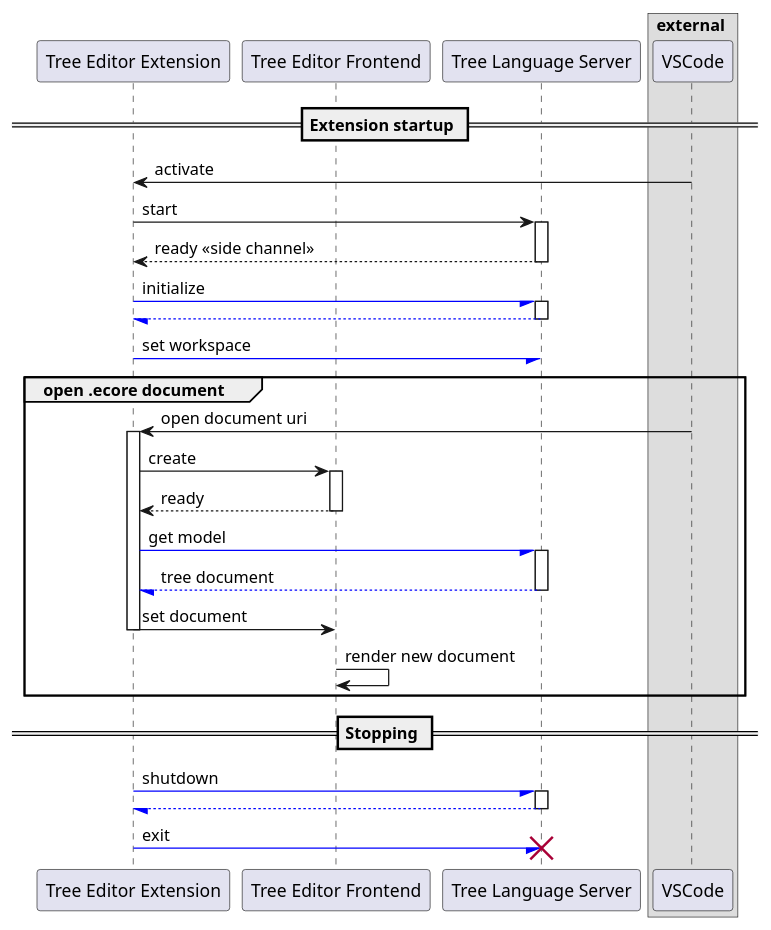
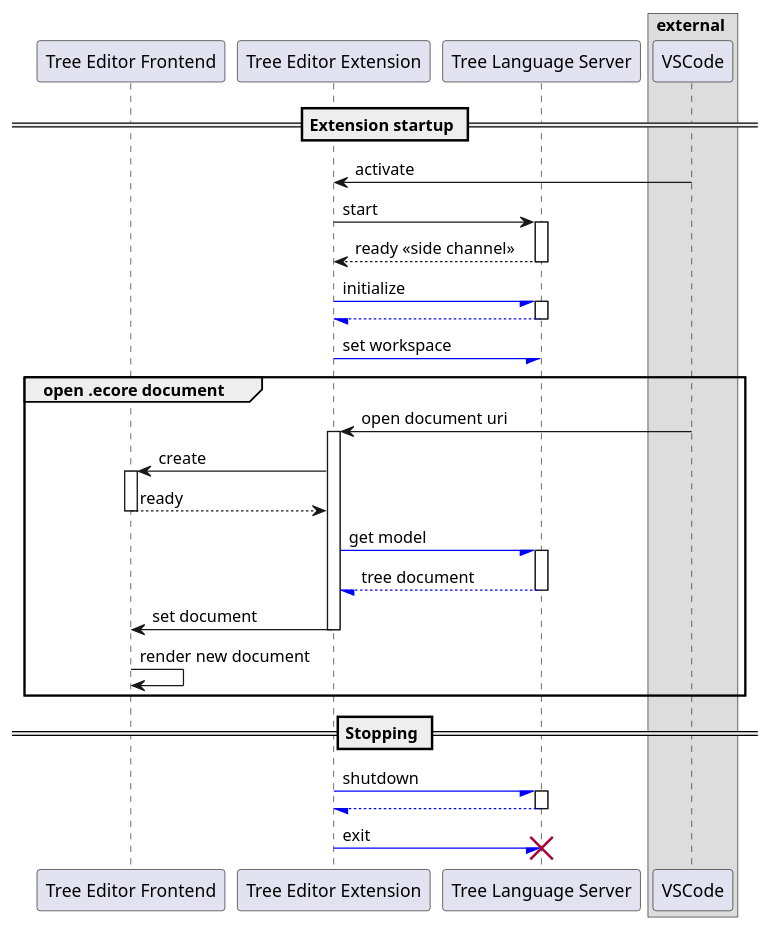
The first of 4 diagrams in figures/protocol.sequence.puml (krissrex/tdt4900-master-thesis-cloud-modeling-latex), drawn with PlantUML before and after one commit. The commit also changed other lines of this file and 1 other file, not shown here.

Commit message:
Put frontend first

```diff
--- a/figures/protocol.sequence.puml
+++ b/figures/protocol.sequence.puml
@@ -1,41 +1,41 @@
 @startuml Protocol_startstop_sequence
 
+participant "Tree Editor Frontend" as frontend
 participant "Tree Editor Extension" as ext
-participant "Tree Editor Frontend" as frontend
 participant "Tree Language Server" as server
 box external #DDDDDD
   participant VSCode as vscode
 end box
 
 == Extension startup ==
 
 ext <- vscode : activate
 ext -> server ++ : start
 return ready << side channel >>
 
 ext -[#blue]/ server ++ : initialize
 return
 ext -[#blue]/ server : set workspace
 
 group open .ecore document
   ext <- vscode ++ : open document uri
   
   ext -> frontend ++ : create
   return ready
   
   ext -[#blue]/ server ++ : get model
   return tree document
 
   ext -> frontend: set document
   deactivate
   
   frontend -> frontend : render new document
 end
 
 == Stopping ==
 ext -[#blue]/ server ++ : shutdown
 return
 ext -[#blue]/ server : exit
 destroy server
 
 @enduml
```
